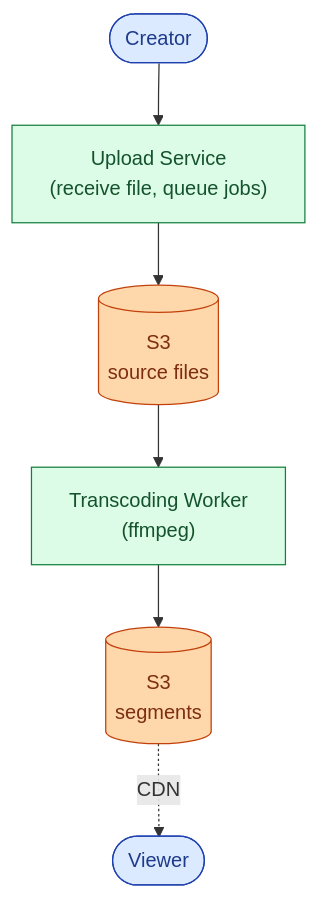
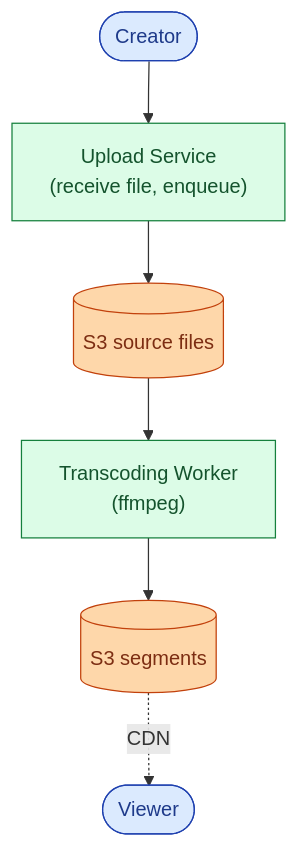
One commit to shiningflash/system-design changed the second of 11 diagrams in problems/006-video-streaming/question.md. Above: the diagram before and after it, drawn with Mermaid. The commit also changed other lines of this file and 37 other files, not shown here.

````diff
--- a/problems/006-video-streaming/question.md
+++ b/problems/006-video-streaming/question.md
@@ -115,12 +104,12 @@
 ```mermaid
 flowchart TB
-    C([Creator]):::user --> UGW["Upload Service<br/>(receive file, queue jobs)"]:::app
-    UGW --> S3src[("S3<br/>source files")]:::db
+    C([Creator]):::user --> U["Upload Service<br/>(receive file, enqueue)"]:::app
+    U --> S3src[("S3 source files")]:::db
     S3src --> TW["Transcoding Worker<br/>(ffmpeg)"]:::app
-    TW --> S3out[("S3<br/>segments")]:::db
+    TW --> S3out[("S3 segments")]:::db
     S3out -.CDN.-> V([Viewer]):::user
 
     classDef user  fill:#dbeafe,stroke:#1e40af,color:#1e3a8a
     classDef app   fill:#dcfce7,stroke:#15803d,color:#14532d
     classDef db    fill:#fed7aa,stroke:#c2410c,color:#7c2d12
 ```
````
